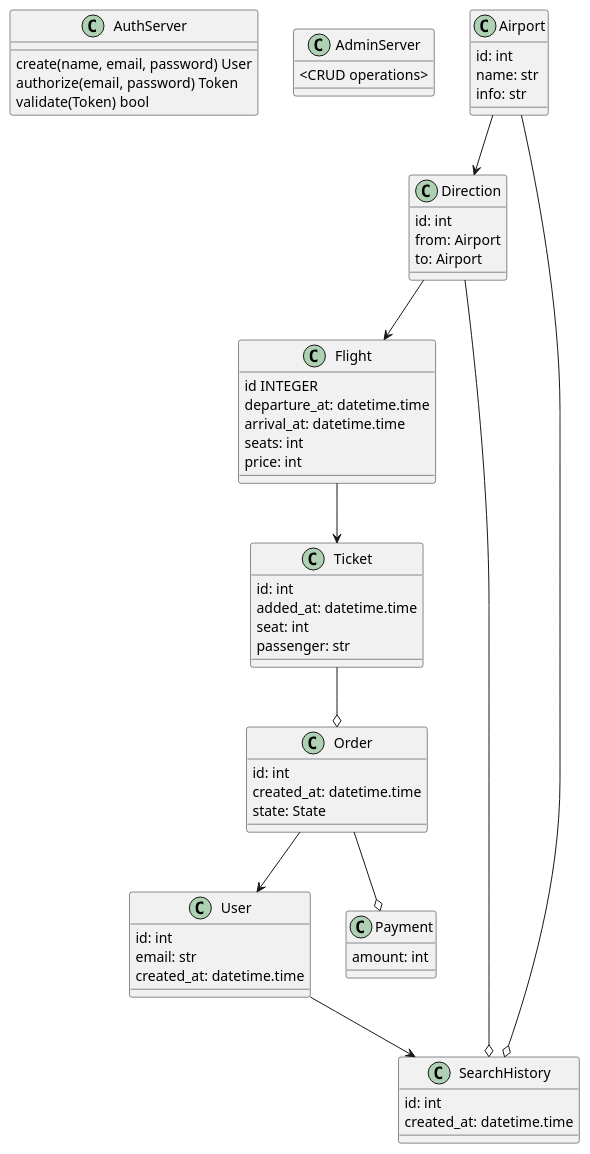
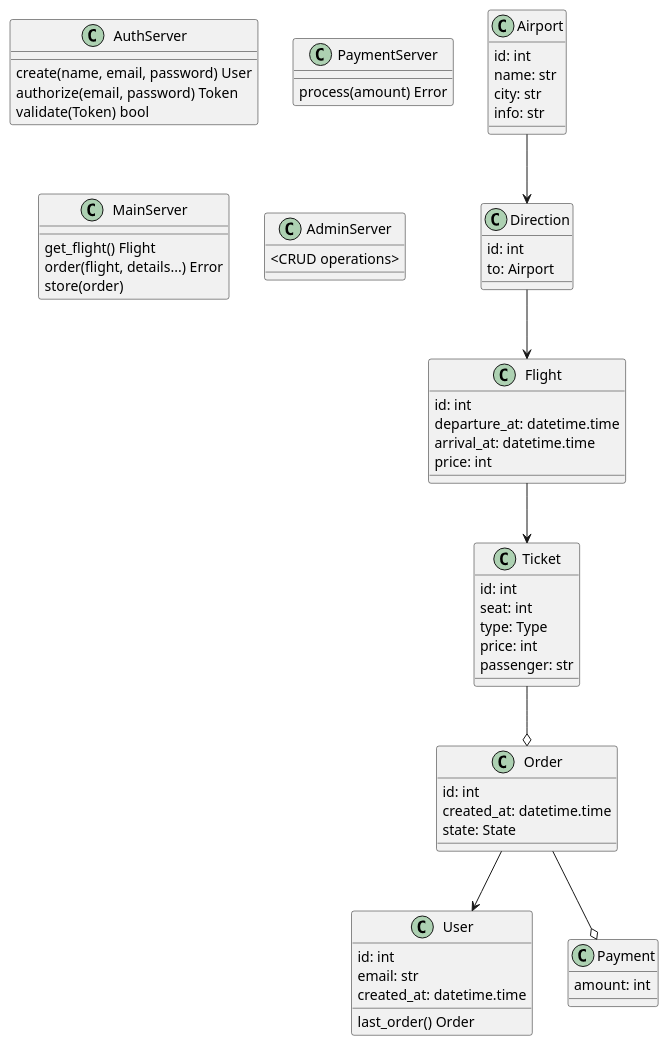
The diagram in doc/architecture/model/classes.puml (carexoid/se-lab), drawn with PlantUML before and after one commit. The commit also changed 4 other files, not shown here.

Commit message:
[#8] added sequence diagram

```diff
--- a/doc/architecture/model/classes.puml
+++ b/doc/architecture/model/classes.puml
@@ -1,71 +1,74 @@
 @startuml classes
 
 class AuthServer {
     create(name, email, password) User
     authorize(email, password) Token
     validate(Token) bool
+}
+
+class PaymentServer {
+    process(amount) Error
+}
+
+class MainServer {
+    get_flight() Flight
+    order(flight, details...) Error
+    store(order)
 }
 
 class AdminServer {
     <CRUD operations>
 }
 
 class Airport {
     id: int
     name: str
+    city: str
     info: str
 }
 
 class User {
     id: int
     email: str
     created_at: datetime.time
+    last_order() Order
 }
 
 class Order {
     id: int
     created_at: datetime.time
     state: State
 }
 
 class Ticket {
     id: int
-    added_at: datetime.time
     seat: int
+    type: Type
+    price: int
     passenger: str
 }
 
 class Direction {
     id: int
-    from: Airport
     to: Airport
 }
 
 class Flight {
-    id INTEGER
+    id: int
     departure_at: datetime.time
     arrival_at: datetime.time
-    seats: int
     price: int
 }
 
 class Payment {
     amount: int
 }
 
-class SearchHistory {
-    id: int
-    created_at: datetime.time
-}
-
-User      --> SearchHistory
-Direction --o SearchHistory
-Airport   --o SearchHistory
 Order     --o Payment
 Direction --> Flight
 Order     --> User
 Ticket    --o Order
 Flight    --> Ticket
 Airport   --> Direction
 
 @enduml
```
